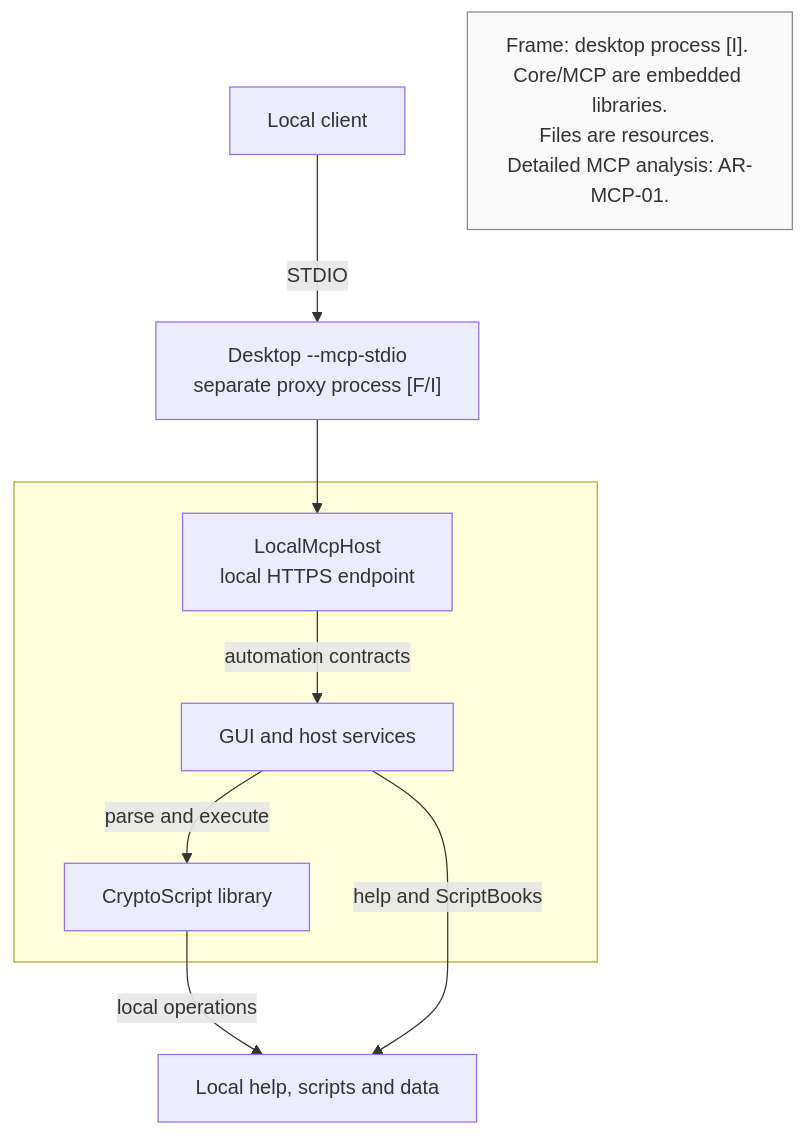
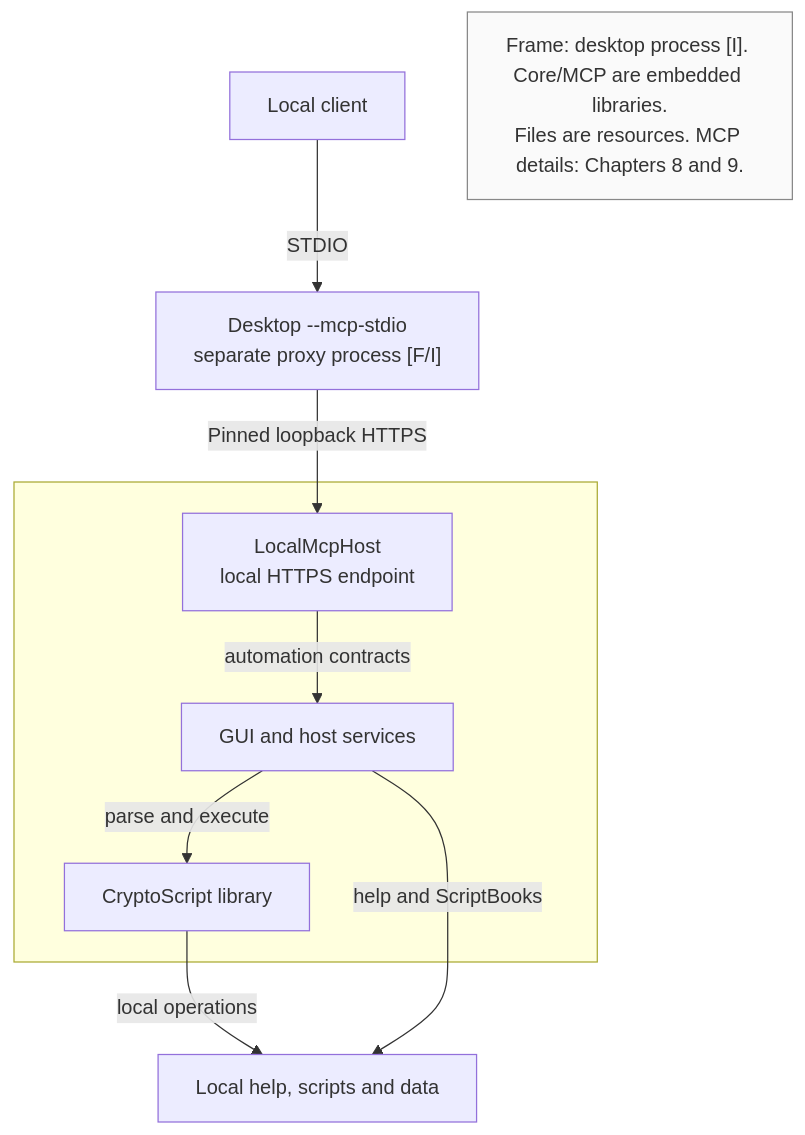
Before and after one commit to tkbss/CryptoWorkBench: the diagram in docs/architecture/diagrams/02-container-overview.mmd, drawn with Mermaid. The commit also changed 40 other files, not shown here.

Commit message:
Document MCP architecture and harden bilingual publication validation

```diff
--- a/docs/architecture/diagrams/02-container-overview.mmd
+++ b/docs/architecture/diagrams/02-container-overview.mmd
@@ -1,21 +1,22 @@
+%% D1 transport label | 8c58e2bd564280b71412cfd6ed9997688bd0bde4 | E04 E05
 %% AR-01; baseline fbbadae2f68b015ccedfea92ce8bba4cd7737ecb; evidence R01-R16
 %% Diagram identity 02-container-overview.mmd
 flowchart TB
     Client["Local client"]
     Proxy["Desktop --mcp-stdio<br/>separate proxy process [F/I]"]
     Files["Local help, scripts and data"]
     %% The legend names this frame; keep entering edges clear of a title.
     subgraph Desktop[" "]
         Mcp["LocalMcpHost<br/>local HTTPS endpoint"]
         Host["GUI and host services"]
         Core["CryptoScript library"]
     end
     Client -->|"STDIO"| Proxy
-    Proxy --> Mcp
+    Proxy -->|"Pinned loopback HTTPS"| Mcp
     Mcp -->|"automation contracts"| Host
     Host -->|"parse and execute"| Core
     Core -->|"local operations"| Files
     Host -->|"help and ScriptBooks"| Files
-    Legend["Frame: desktop process [I]. Core/MCP are embedded libraries.<br/>Files are resources. Detailed MCP analysis: AR-MCP-01."]
+    Legend["Frame: desktop process [I]. Core/MCP are embedded libraries.<br/>Files are resources. MCP details: Chapters 8 and 9."]
     classDef note fill:#fafafa,stroke:#888888,color:#333333
     class Legend note
```
